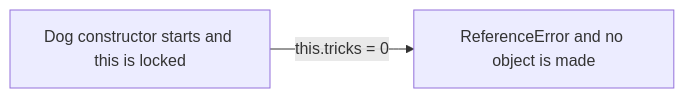
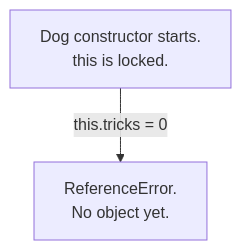
One commit to starjustice/research-material changed the third of 3 diagrams in learn/javascript/08-classes.md. Above: the diagram before and after it, drawn with Mermaid. The commit also changed other lines of this file, not shown here.

````diff
--- a/learn/javascript/08-classes.md
+++ b/learn/javascript/08-classes.md
@@ -102,4 +122,4 @@
 ```mermaid
-graph LR
-    W1["Dog constructor starts and this is locked"] -->|this.tricks = 0| W2["ReferenceError and no object is made"]
+graph TB
+    A["Dog constructor starts.<br/>this is locked."] -->|this.tricks = 0| B["ReferenceError.<br/>No object yet."]
 ```
````
